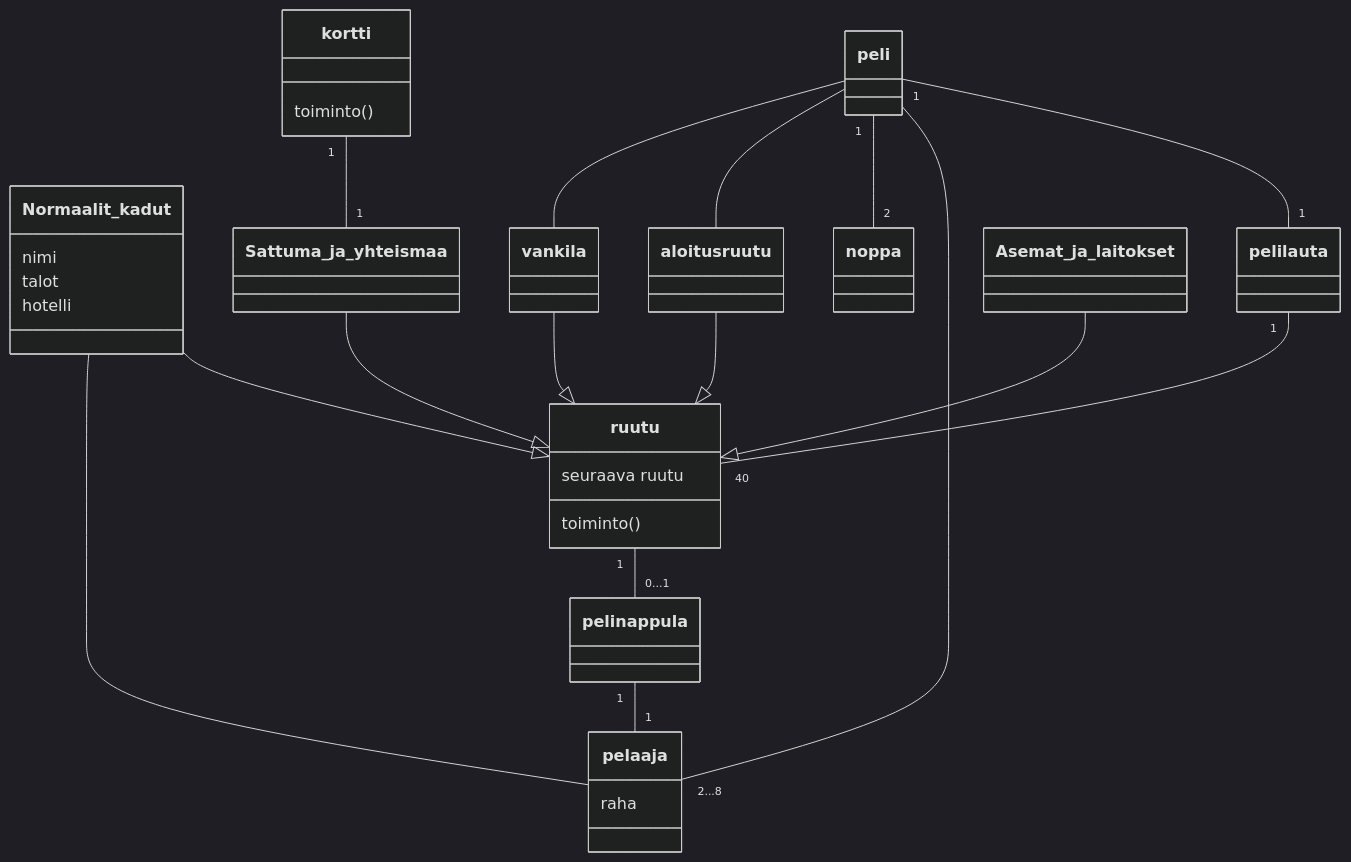
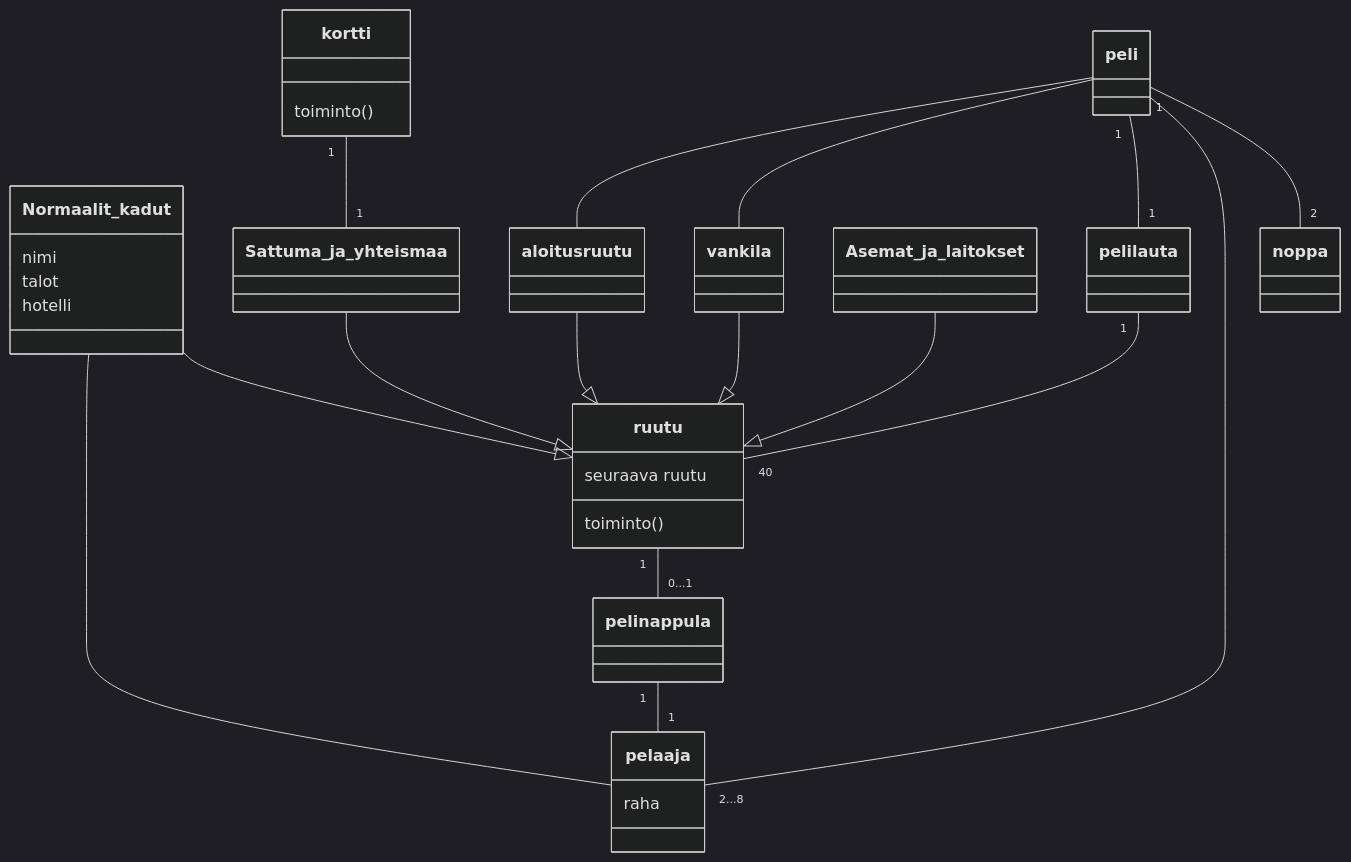
The diagram in laskarit/viikko3/monopoli.md (leoalho/ajastinApp), drawn with Mermaid (dark theme) before and after one commit. The commit also changed other lines of this file, not shown here.

````diff
--- a/laskarit/viikko3/monopoli.md
+++ b/laskarit/viikko3/monopoli.md
@@ -1,33 +1,33 @@
 ```mermaid
 classDiagram
 	class ruutu{
 		seuraava ruutu
 		toiminto()
 	}
 	class kortti{
 		toiminto()
 	}
 	class pelaaja{
 		raha
 	}
 	class Normaalit_kadut {
 		nimi
 		talot
 		hotelli
 	}
-	peli "1" -- "1" pelilauta
-	peli -- "2...8" pelaaja
-	peli "1" -- "2" noppa
 	peli -- aloitusruutu
 	peli -- vankila
 	vankila --|> ruutu
 	aloitusruutu --|> ruutu
 	Sattuma_ja_yhteismaa --|> ruutu
 	Asemat_ja_laitokset --|> ruutu
+	Normaalit_kadut -- pelaaja
 	Normaalit_kadut --|> ruutu
-	Normaalit_kadut -- pelaaja
 	kortti "1" -- "1" Sattuma_ja_yhteismaa
 	ruutu "1" -- "0...1" pelinappula
 	pelinappula "1" -- "1" pelaaja
 	pelilauta "1" -- "40"  ruutu
+	peli "1" -- "1" pelilauta
+	peli -- "2...8" pelaaja
+	peli "1" -- "2" noppa
 ```
````
